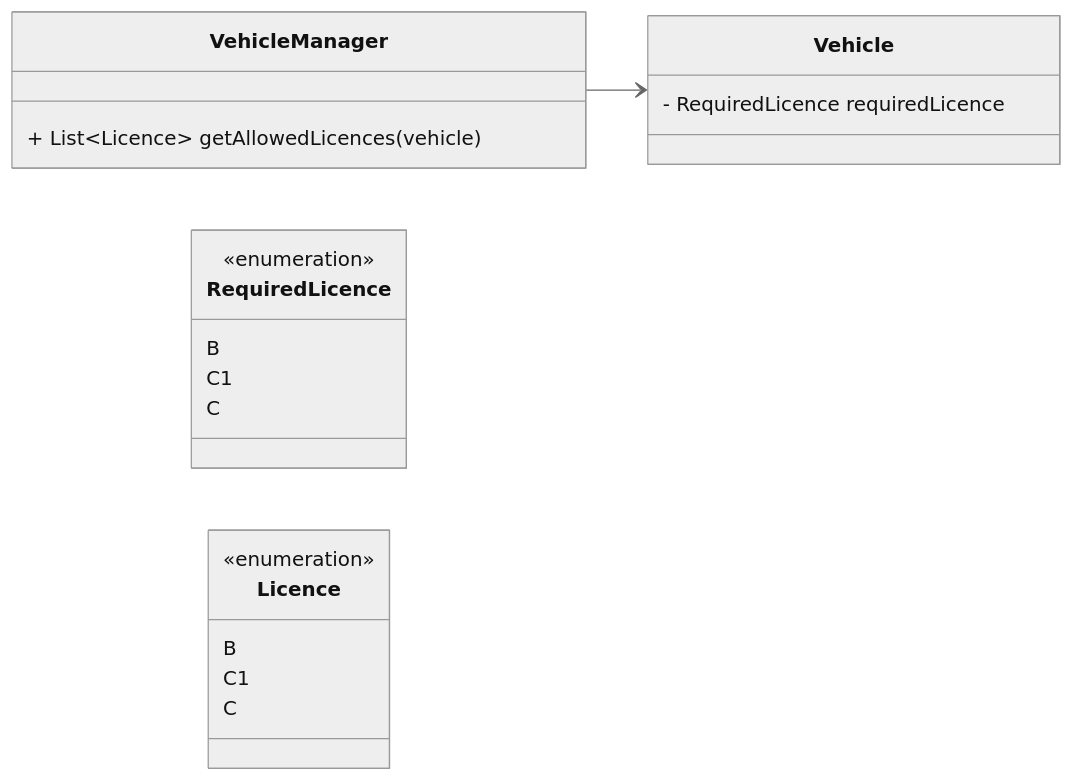
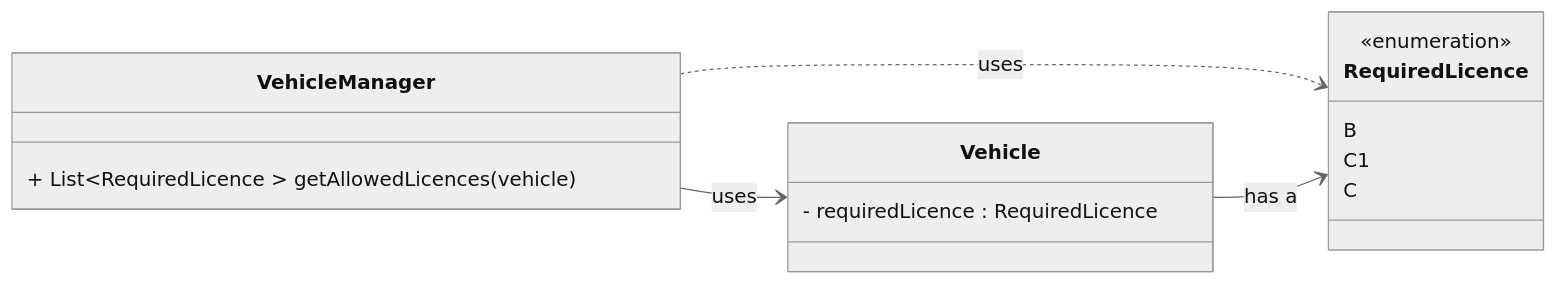
Before and after one commit to Alex-Cambrini/pss24-25-WasteMaster-Cambrini-Ferrari-Ragazzini: the eighth of 14 diagrams in README.md, drawn with Mermaid (neutral theme). The commit also changed other lines of this file, not shown here.

````diff
--- a/README.md
+++ b/README.md
@@ -488,28 +499,23 @@
 ```mermaid
 classDiagram
     direction LR
 
     class Vehicle {
-        - RequiredLicence requiredLicence
+        - requiredLicence : RequiredLicence
     }
 
     class VehicleManager {
-        + List~Licence~ getAllowedLicences(vehicle)
+        + List~RequiredLicence ~ getAllowedLicences(vehicle)
     }
 
-    class RequiredLicence {
-        <<enumeration>>
-        B
-        C1
-        C
+    class RequiredLicence  {
+         <<enumeration>>
+         B
+         C1
+         C
     }
 
-    class Licence {
-        <<enumeration>>
-        B
-        C1
-        C
-    }
-
-    VehicleManager --> Vehicle
+    VehicleManager --> Vehicle : uses
+    VehicleManager ..> RequiredLicence : uses
+    Vehicle --> RequiredLicence : has a
 ```
````
